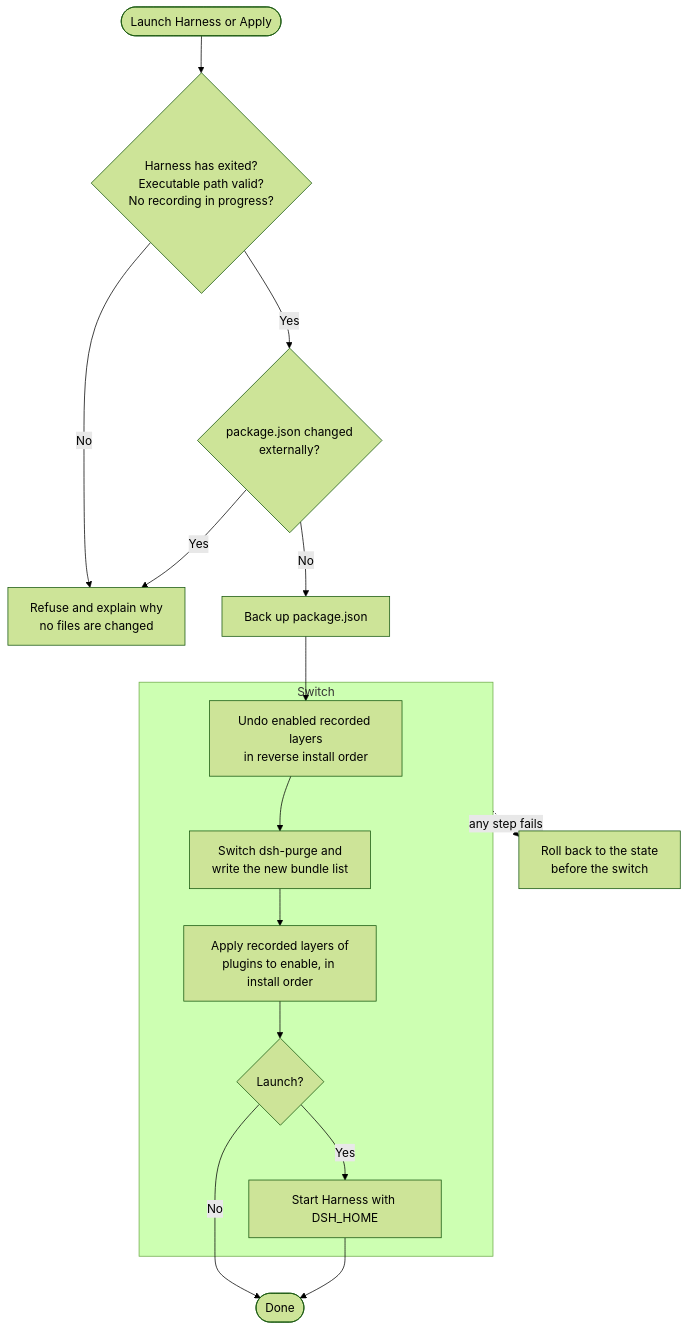
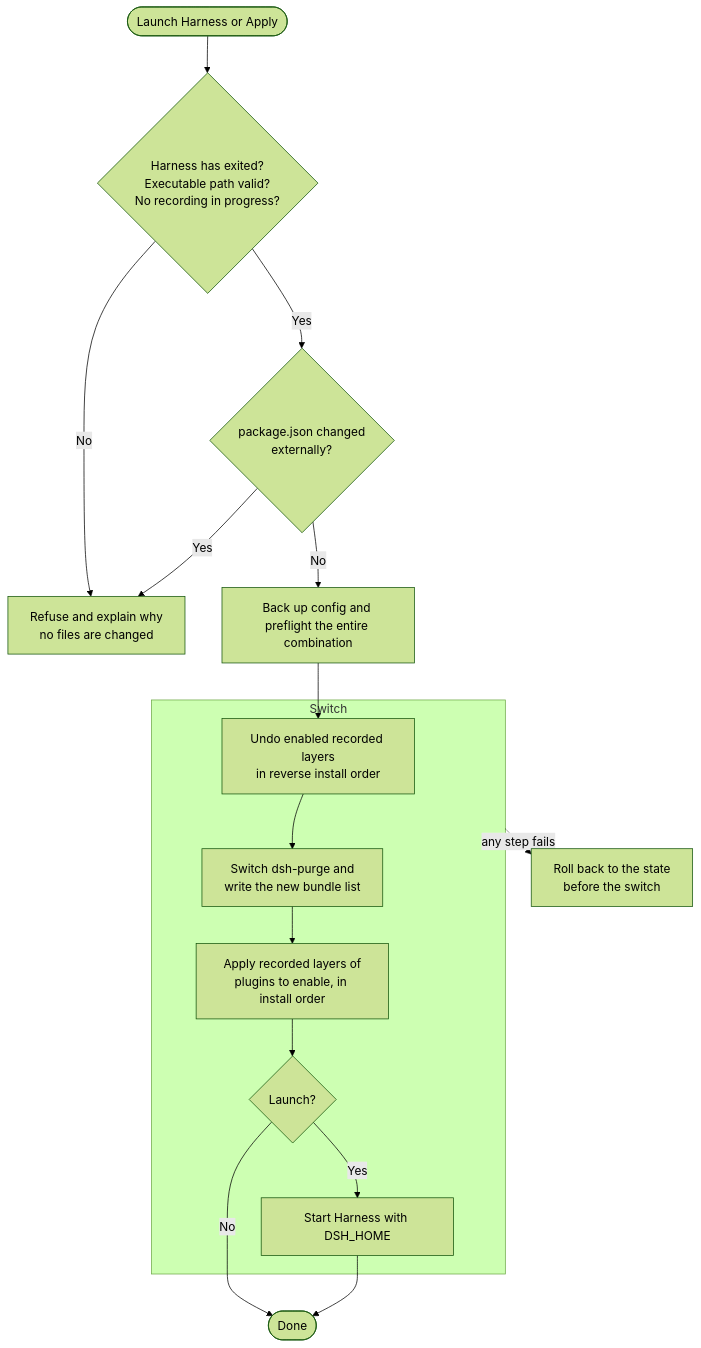
Before and after one commit to schrieeeffer/harness-launcher: the first of 2 diagrams in README.en.md, drawn with Mermaid (forest theme). The commit also changed other lines of this file and 26 other files, not shown here.

````diff
--- a/README.en.md
+++ b/README.en.md
@@ -402,18 +422,18 @@
 ```mermaid
 flowchart TD
     A([Launch Harness or Apply]) --> B{Harness has exited?<br/>Executable path valid?<br/>No recording in progress?}
     B -- No --> X[Refuse and explain why<br/>no files are changed]
     B -- Yes --> C{package.json changed<br/>externally?}
     C -- Yes --> X
-    C -- No --> D[Back up package.json]
+    C -- No --> D[Back up config and preflight the entire combination]
     D --> E
     subgraph S [Switch]
         E[Undo enabled recorded layers<br/>in reverse install order] --> F[Switch dsh-purge and<br/>write the new bundle list]
         F --> G[Apply recorded layers of<br/>plugins to enable, in install order]
         G --> H{Launch?}
         H -- Yes --> I[Start Harness with DSH_HOME]
     end
     H -- No --> J([Done])
     I --> J
     S -. any step fails .-> R[Roll back to the state<br/>before the switch]
 ```
````
